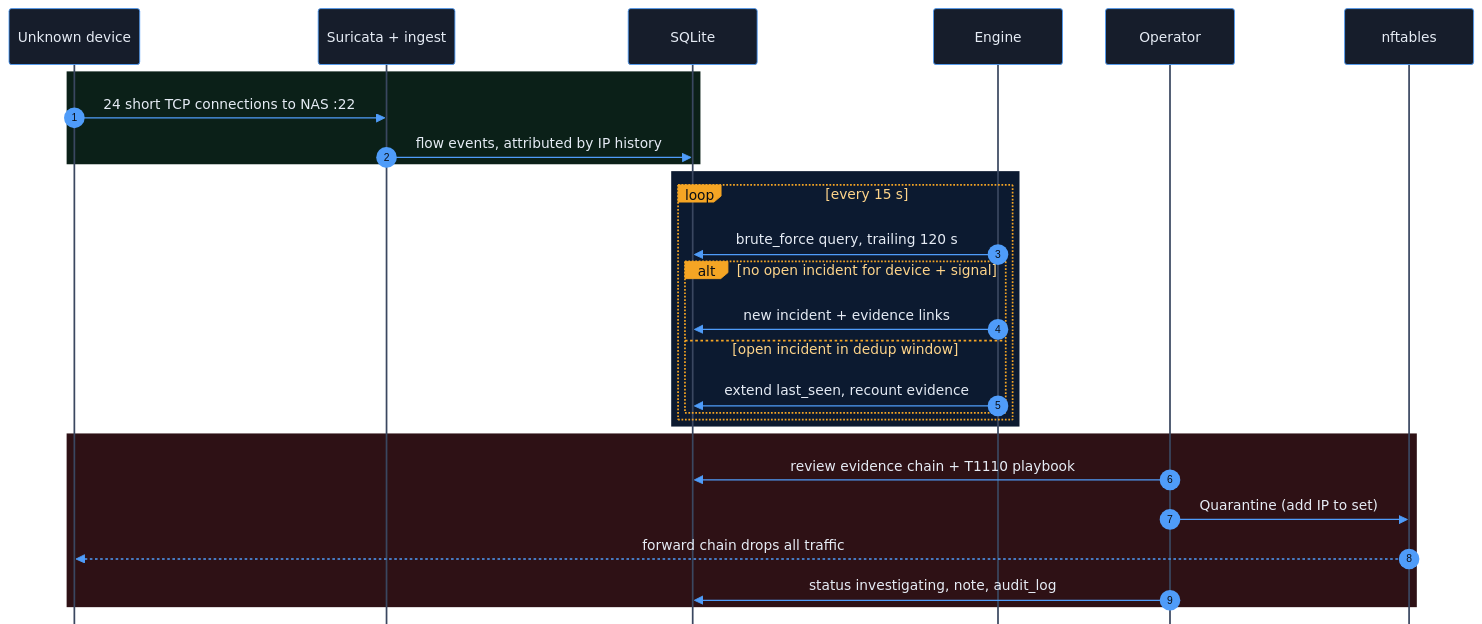
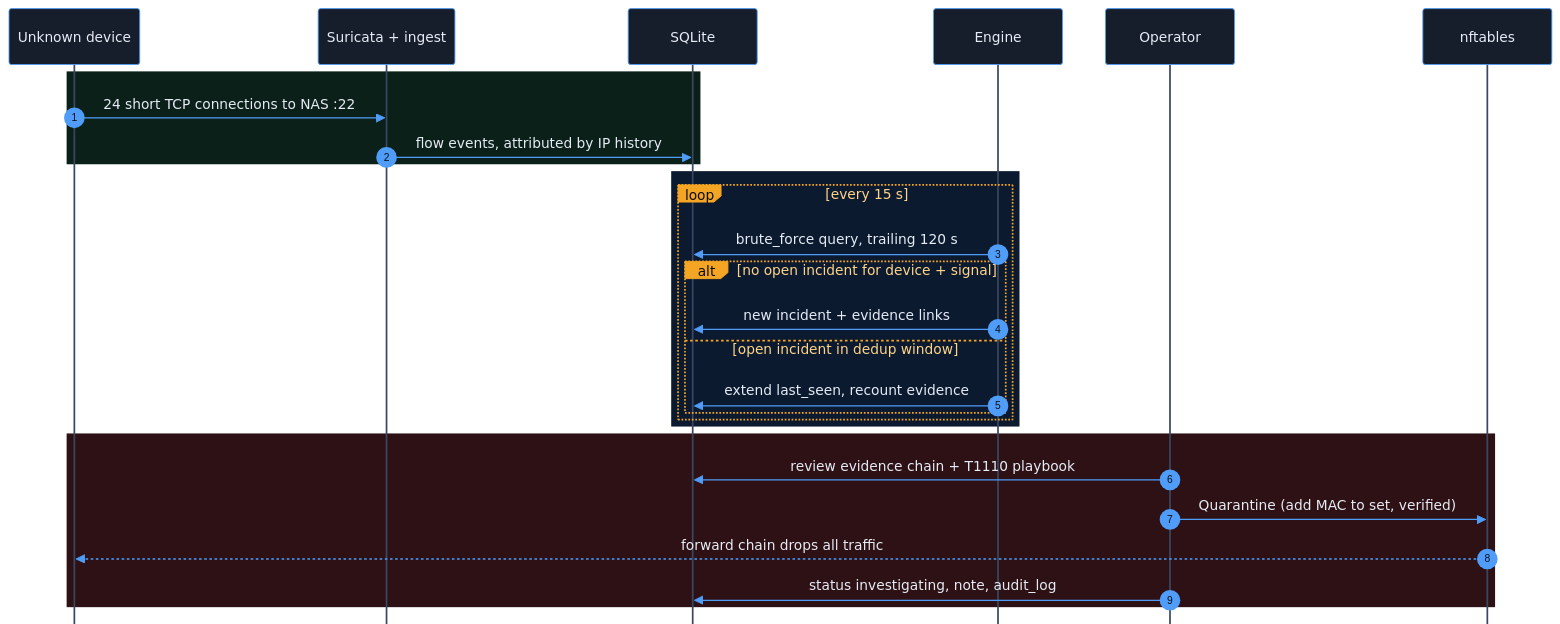
The third of 7 diagrams in README.md (MaheshwariKushagra/securepi-gateway), drawn with Mermaid before and after one commit. The commit also changed other lines of this file and 14 other files, not shown here.

````diff
--- a/README.md
+++ b/README.md
@@ -302,32 +308,32 @@
 ```mermaid
 %%{init: {'theme':'base','themeVariables':{'actorBkg':'#161d2b','actorBorder':'#4f9cf9','actorTextColor':'#e6ecf5','actorLineColor':'#3a4760','signalColor':'#4f9cf9','signalTextColor':'#e6ecf5','sequenceNumberColor':'#0a0e15','labelBoxBkgColor':'#f5a524','labelBoxBorderColor':'#f5a524','labelTextColor':'#0a0e15','loopTextColor':'#ffd58a','noteBkgColor':'#2e2210','noteTextColor':'#ffe9c2','noteBorderColor':'#f5a524','primaryColor':'#161d2b','primaryTextColor':'#e6ecf5','lineColor':'#4f9cf9'},'sequence':{'mirrorActors':false,'messageMargin':34,'boxMargin':8}}}%%
 sequenceDiagram
     autonumber
     participant A as Unknown device
     participant S as Suricata + ingest
     participant D as SQLite
     participant E as Engine
     participant O as Operator
     participant N as nftables
 
     rect rgb(11, 32, 24)
     A->>S: 24 short TCP connections to NAS :22
     S->>D: flow events, attributed by IP history
     end
     rect rgb(12, 26, 48)
     loop every 15 s
         E->>D: brute_force query, trailing 120 s
         alt no open incident for device + signal
             E->>D: new incident + evidence links
         else open incident in dedup window
             E->>D: extend last_seen, recount evidence
         end
     end
     end
     rect rgb(46, 17, 21)
     O->>D: review evidence chain + T1110 playbook
-    O->>N: Quarantine (add IP to set)
+    O->>N: Quarantine (add MAC to set, verified)
     N-->>A: forward chain drops all traffic
     O->>D: status investigating, note, audit_log
     end
 ```
````
